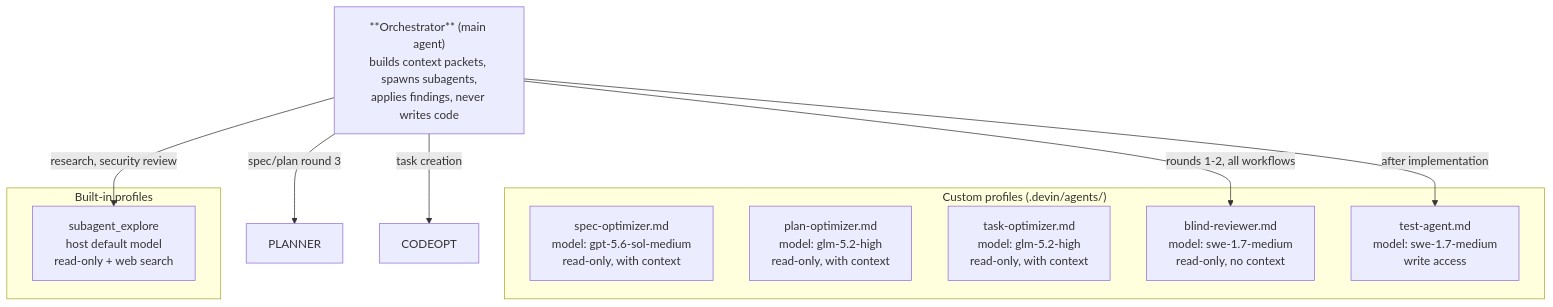
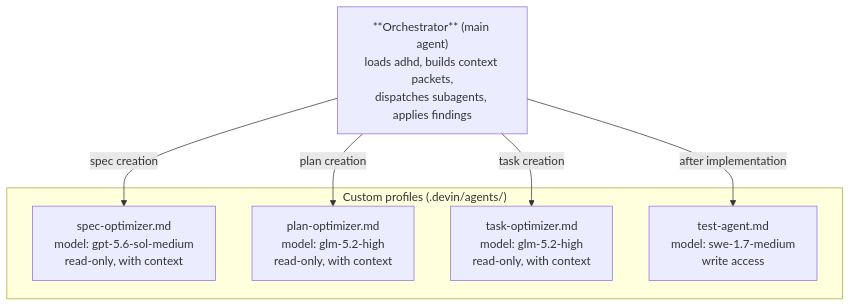
One commit to bperin/project-context changed the fourth of 4 diagrams in README.md. Above: the diagram before and after it, drawn with Mermaid. The commit also changed other lines of this file and 4 other files, not shown here.

First line of the commit message:
Clean up blind-reviewer and explorer references in docs

````diff
--- a/README.md
+++ b/README.md
@@ -139,22 +133,16 @@
 ```mermaid
 graph TD
-    ORCH["**Orchestrator** (main agent)<br/>builds context packets, spawns subagents,<br/>applies findings, never writes code"]
+    ORCH["**Orchestrator** (main agent)<br/>loads adhd, builds context packets,<br/>dispatches subagents, applies findings"]
 
     subgraph "Custom profiles (.devin/agents/)"
         SPECOPT["spec-optimizer.md<br/>model: gpt-5.6-sol-medium<br/>read-only, with context"]
         PLANOPT["plan-optimizer.md<br/>model: glm-5.2-high<br/>read-only, with context"]
         TASKOPT["task-optimizer.md<br/>model: glm-5.2-high<br/>read-only, with context"]
-        BLIND["blind-reviewer.md<br/>model: swe-1.7-medium<br/>read-only, no context"]
         TEST["test-agent.md<br/>model: swe-1.7-medium<br/>write access"]
     end
 
-    subgraph "Built-in profiles"
-        EXPLORE["subagent_explore<br/>host default model<br/>read-only + web search"]
-    end
-
-    ORCH -->|"spec/plan round 3"| PLANNER
-    ORCH -->|"task creation"| CODEOPT
-    ORCH -->|"rounds 1-2, all workflows"| BLIND
+    ORCH -->|"spec creation"| SPECOPT
+    ORCH -->|"plan creation"| PLANOPT
+    ORCH -->|"task creation"| TASKOPT
     ORCH -->|"after implementation"| TEST
-    ORCH -->|"research, security review"| EXPLORE
 ```
````
